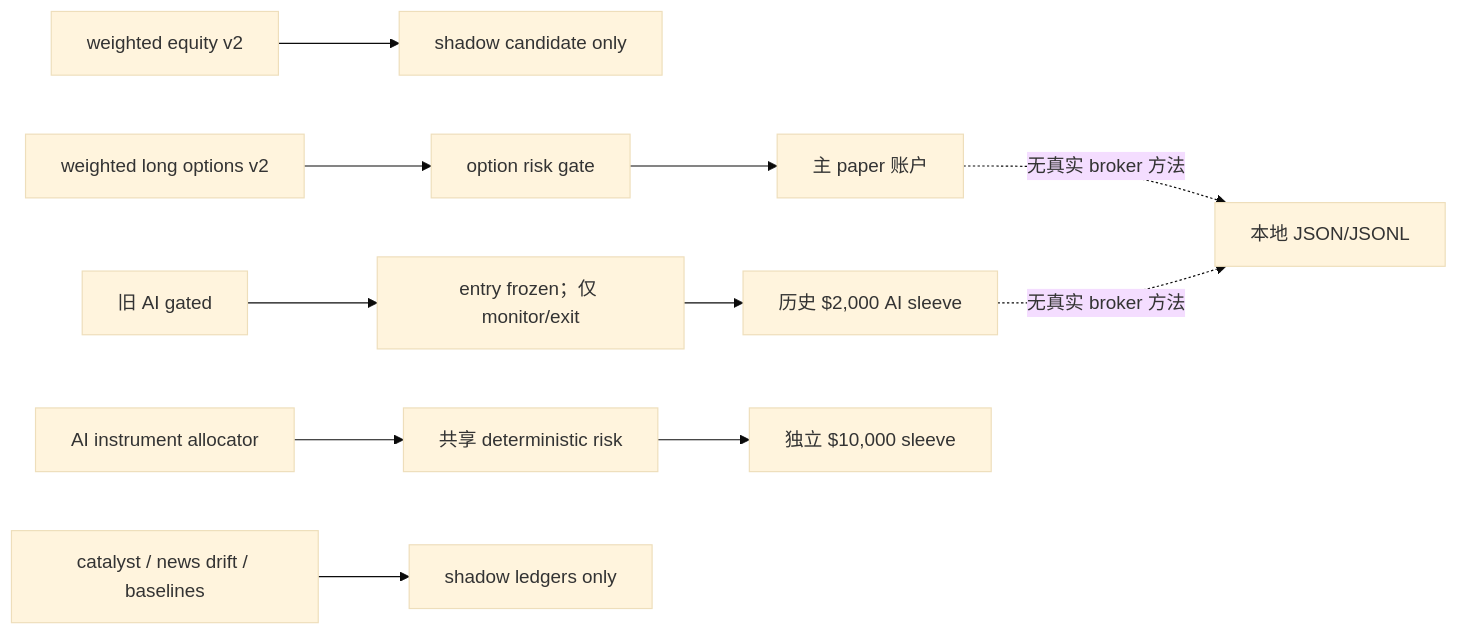
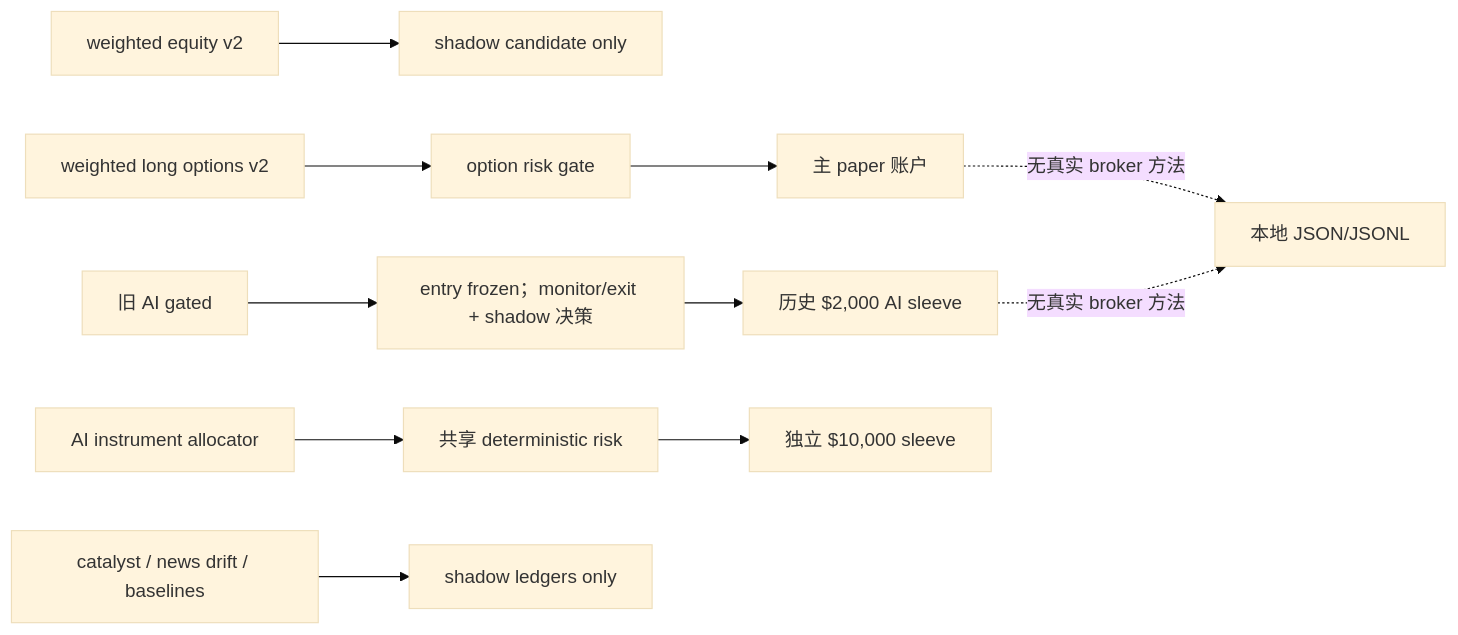
The second of 9 diagrams in PROJECT_ARCHITECTURE.md (CNDaniel02/vibe_trading), drawn with Mermaid (base theme) before and after one commit. The commit also changed other lines of this file and 12 other files, not shown here.

````diff
--- a/PROJECT_ARCHITECTURE.md
+++ b/PROJECT_ARCHITECTURE.md
@@ -88,10 +88,10 @@
 ```mermaid
 flowchart LR
     W["weighted equity v2"] --> WS["shadow candidate only"]
     O["weighted long options v2"] --> OR["option risk gate"] --> M["主 paper 账户"]
-    A["旧 AI gated"] --> AC["entry frozen；仅 monitor/exit"] --> S["历史 $2,000 AI sleeve"]
+    A["旧 AI gated"] --> AC["entry frozen；monitor/exit + shadow 决策"] --> S["历史 $2,000 AI sleeve"]
     IA["AI instrument allocator"] --> AR["共享 deterministic risk"] --> NS["独立 $10,000 sleeve"]
     C["catalyst / news drift / baselines"] --> CS["shadow ledgers only"]
     M -. "无真实 broker 方法" .-> L["本地 JSON/JSONL"]
     S -. "无真实 broker 方法" .-> L
 ```
````
